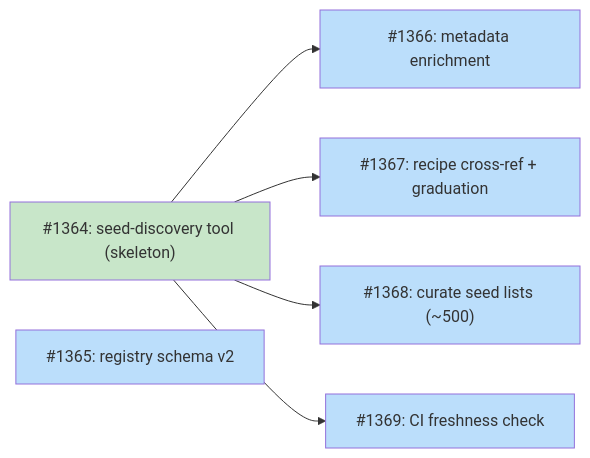
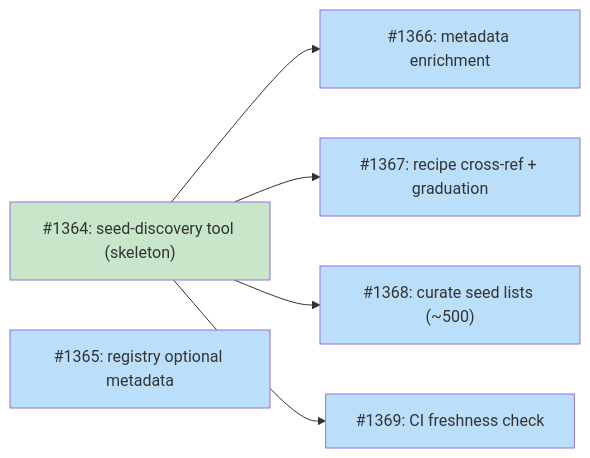
The diagram in docs/designs/DESIGN-discovery-registry-bootstrap.md (tsukumogami/tsuku), drawn with Mermaid before and after one commit. The commit also changed other lines of this file and 5 other files, not shown here.

First line of the commit message:
feat(discover): simplify registry schema by adding metadata fields in place

````diff
--- a/docs/designs/DESIGN-discovery-registry-bootstrap.md
+++ b/docs/designs/DESIGN-discovery-registry-bootstrap.md
@@ -53,23 +53,23 @@
 ```mermaid
 graph LR
     I1364["#1364: seed-discovery tool (skeleton)"]
-    I1365["#1365: registry schema v2"]
+    I1365["#1365: registry optional metadata"]
     I1366["#1366: metadata enrichment"]
     I1367["#1367: recipe cross-ref + graduation"]
     I1368["#1368: curate seed lists (~500)"]
     I1369["#1369: CI freshness check"]
 
     I1364 --> I1366
     I1364 --> I1367
     I1364 --> I1368
     I1364 --> I1369
 
     classDef done fill:#c8e6c9
     classDef ready fill:#bbdefb
     classDef blocked fill:#fff9c4
     classDef needsDesign fill:#e1bee7
 
     class I1364 done
     class I1365 ready
     class I1366,I1367,I1368,I1369 ready
 ```
````
